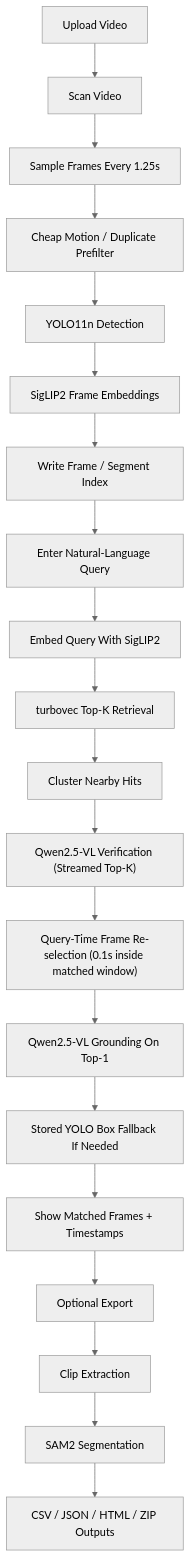
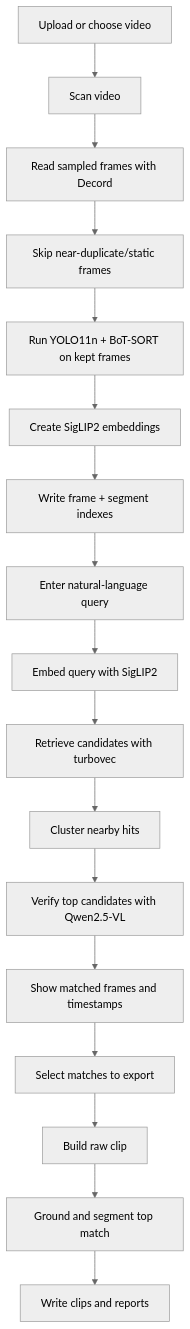
The second of 2 diagrams in PROJECT_DOCUMENTATION.md (priyansupattanaik/visionguard-ai), drawn with Mermaid (neutral theme) before and after one commit. The commit also changed other lines of this file and 3 other files, not shown here.

````diff
--- a/PROJECT_DOCUMENTATION.md
+++ b/PROJECT_DOCUMENTATION.md
@@ -440,22 +177,19 @@
 ```mermaid
 flowchart TD
-    A["Upload Video"] --> B["Scan Video"]
-    B --> C["Sample Frames Every 1.25s"]
-    C --> C1["Cheap Motion / Duplicate Prefilter"]
-    C1 --> D["YOLO11n Detection"]
-    D --> E["SigLIP2 Frame Embeddings"]
-    E --> F["Write Frame / Segment Index"]
-    F --> G["Enter Natural-Language Query"]
-    G --> H["Embed Query With SigLIP2"]
-    H --> I["turbovec Top-K Retrieval"]
-    I --> J["Cluster Nearby Hits"]
-    J --> K["Qwen2.5-VL Verification (Streamed Top-K)"]
-    K --> L["Query-Time Frame Re-selection (0.1s inside matched window)"]
-    L --> M["Qwen2.5-VL Grounding On Top-1"]
-    M --> N["Stored YOLO Box Fallback If Needed"]
-    N --> O["Show Matched Frames + Timestamps"]
-    O --> P["Optional Export"]
-    P --> Q["Clip Extraction"]
-    Q --> R["SAM2 Segmentation"]
-    R --> S["CSV / JSON / HTML / ZIP Outputs"]
+    A["Upload or choose video"] --> B["Scan video"]
+    B --> C["Read sampled frames with Decord"]
+    C --> D["Skip near-duplicate/static frames"]
+    D --> E["Run YOLO11n + BoT-SORT on kept frames"]
+    E --> F["Create SigLIP2 embeddings"]
+    F --> G["Write frame + segment indexes"]
+    G --> H["Enter natural-language query"]
+    H --> I["Embed query with SigLIP2"]
+    I --> J["Retrieve candidates with turbovec"]
+    J --> K["Cluster nearby hits"]
+    K --> L["Verify top candidates with Qwen2.5-VL"]
+    L --> M["Show matched frames and timestamps"]
+    M --> N["Select matches to export"]
+    N --> O["Build raw clip"]
+    O --> P["Ground and segment top match"]
+    P --> Q["Write clips and reports"]
 ```
````
